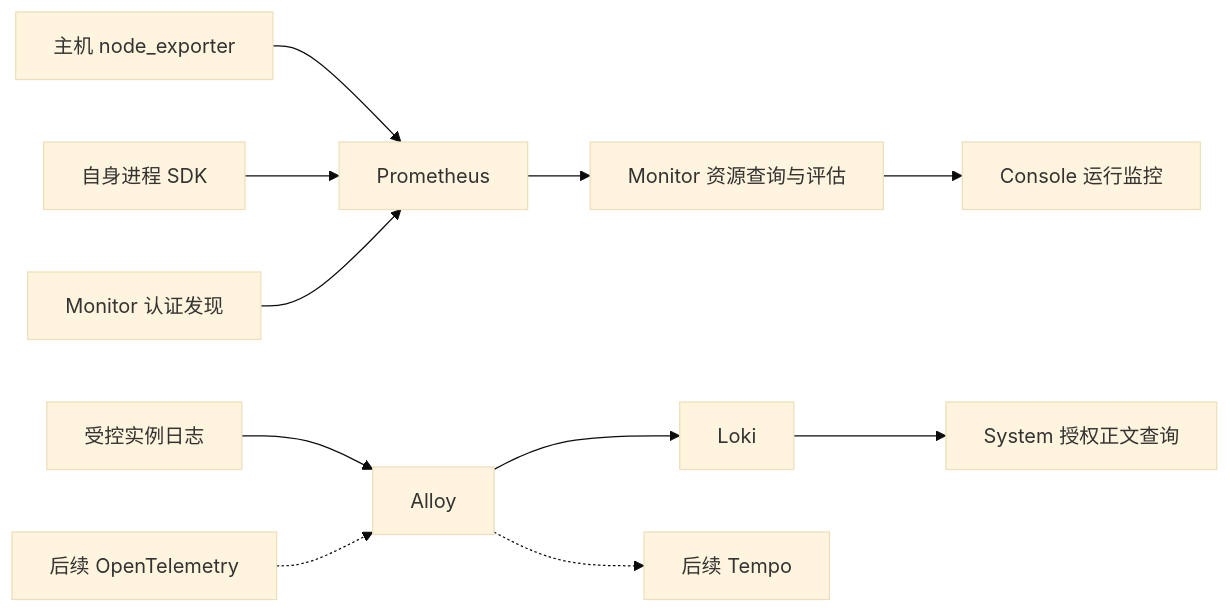
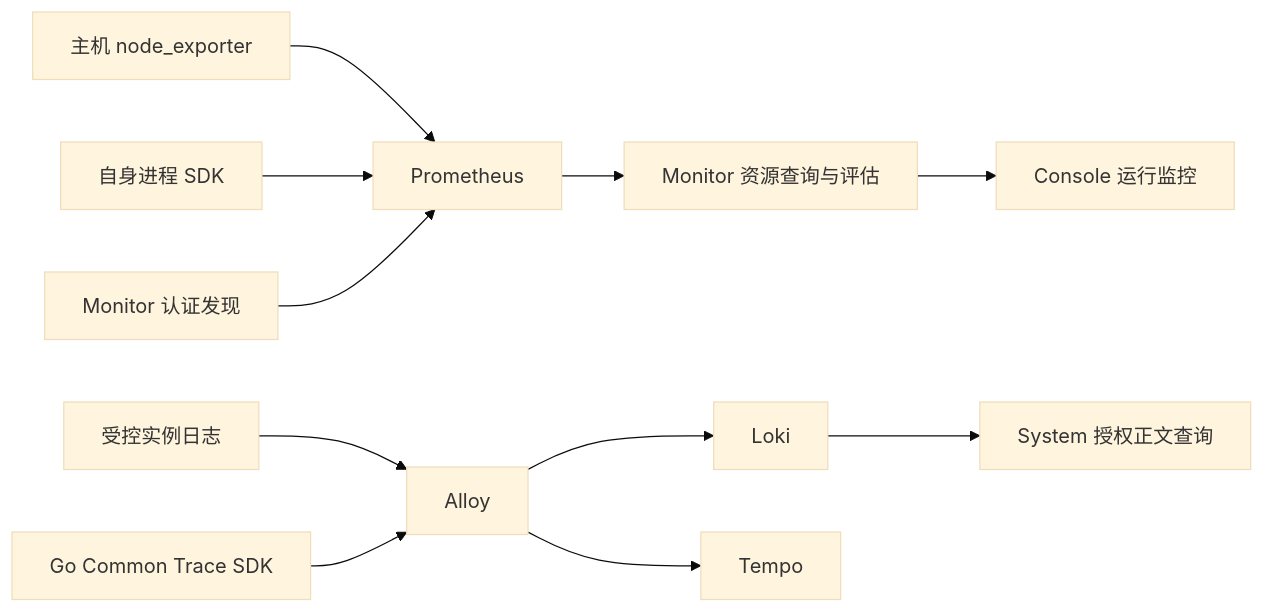
Before and after one commit to pampa0629/addp: the diagram in docs/spec/addp平台运行观测规范.md, drawn with Mermaid (base theme). The commit also changed other lines of this file and 14 other files, not shown here.

````diff
--- a/docs/spec/addp平台运行观测规范.md
+++ b/docs/spec/addp平台运行观测规范.md
@@ -162,13 +162,13 @@
 ```mermaid
 flowchart LR
     N[主机 node_exporter] --> P[Prometheus]
     S[自身进程 SDK] --> P
     D[Monitor 认证发现] --> P
     P --> M[Monitor 资源查询与评估]
     M --> C[Console 运行监控]
     F[受控实例日志] --> A[Alloy]
     A --> L[Loki]
     L --> Y[System 授权正文查询]
-    T[后续 OpenTelemetry] -.-> A
-    A -.-> E[后续 Tempo]
+    T[Go Common Trace SDK] --> A
+    A --> E[Tempo]
 ```
````
